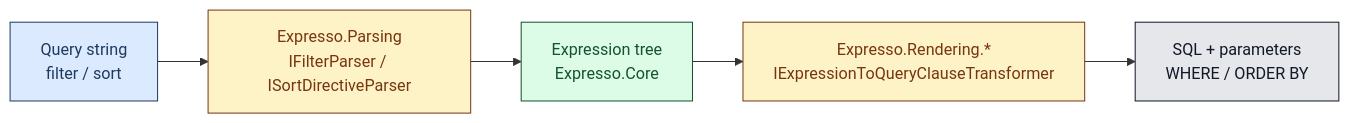
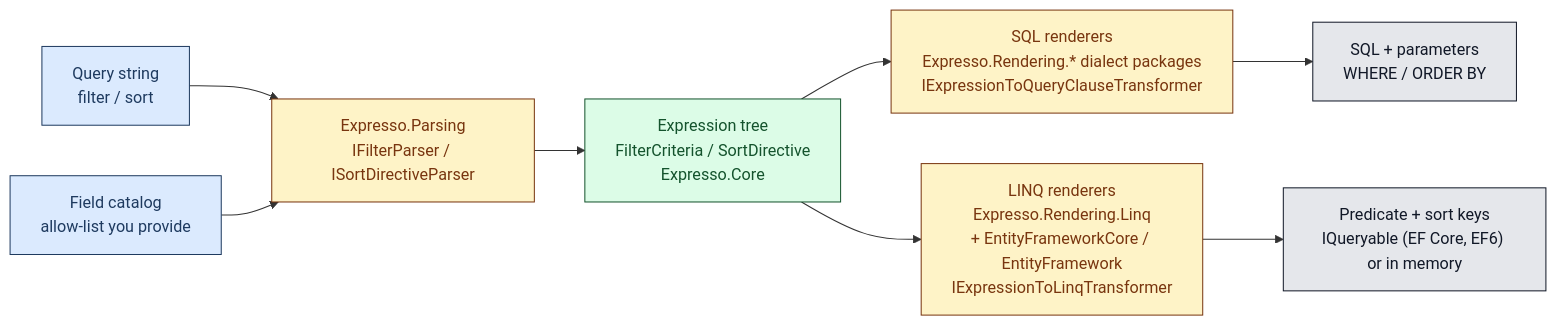
Before and after one commit to itorgashov/Expresso: the diagram in docs/overview.md, drawn with Mermaid. The commit also changed other lines of this file and 255 other files, not shown here.

Commit message:
Initial version of linq and EF renderers

````diff
--- a/docs/overview.md
+++ b/docs/overview.md
@@ -21,12 +30,18 @@
 ```mermaid
 flowchart LR
-    Q["Query string\nfilter / sort"] --> P["Expresso.Parsing\nIFilterParser / ISortDirectiveParser"]
-    P --> T["Expression tree\nExpresso.Core"]
-    T --> R["Expresso.Rendering.*\nIExpressionToQueryClauseTransformer"]
-    R --> S["SQL + parameters\nWHERE / ORDER BY"]
+    Q["Query string<br/>filter / sort"] --> P["Expresso.Parsing<br/>IFilterParser / ISortDirectiveParser"]
+    F["Field catalog<br/>allow-list you provide"] --> P
+    P --> T["Expression tree<br/>FilterCriteria / SortDirective<br/>Expresso.Core"]
+    T --> R["SQL renderers<br/>Expresso.Rendering.* dialect packages<br/>IExpressionToQueryClauseTransformer"]
+    T --> L["LINQ renderers<br/>Expresso.Rendering.Linq<br/>+ EntityFrameworkCore / EntityFramework<br/>IExpressionToLinqTransformer"]
+    R --> S["SQL + parameters<br/>WHERE / ORDER BY"]
+    L --> E["Predicate + sort keys<br/>IQueryable (EF Core, EF6) or in memory"]
     style Q fill:#dbeafe,stroke:#1e3a5f,color:#1e3a5f
+    style F fill:#dbeafe,stroke:#1e3a5f,color:#1e3a5f
     style P fill:#fef3c7,stroke:#78350f,color:#78350f
     style T fill:#dcfce7,stroke:#14532d,color:#14532d
     style R fill:#fef3c7,stroke:#78350f,color:#78350f
+    style L fill:#fef3c7,stroke:#78350f,color:#78350f
     style S fill:#e5e7eb,stroke:#111827,color:#111827
+    style E fill:#e5e7eb,stroke:#111827,color:#111827
 ```
````
